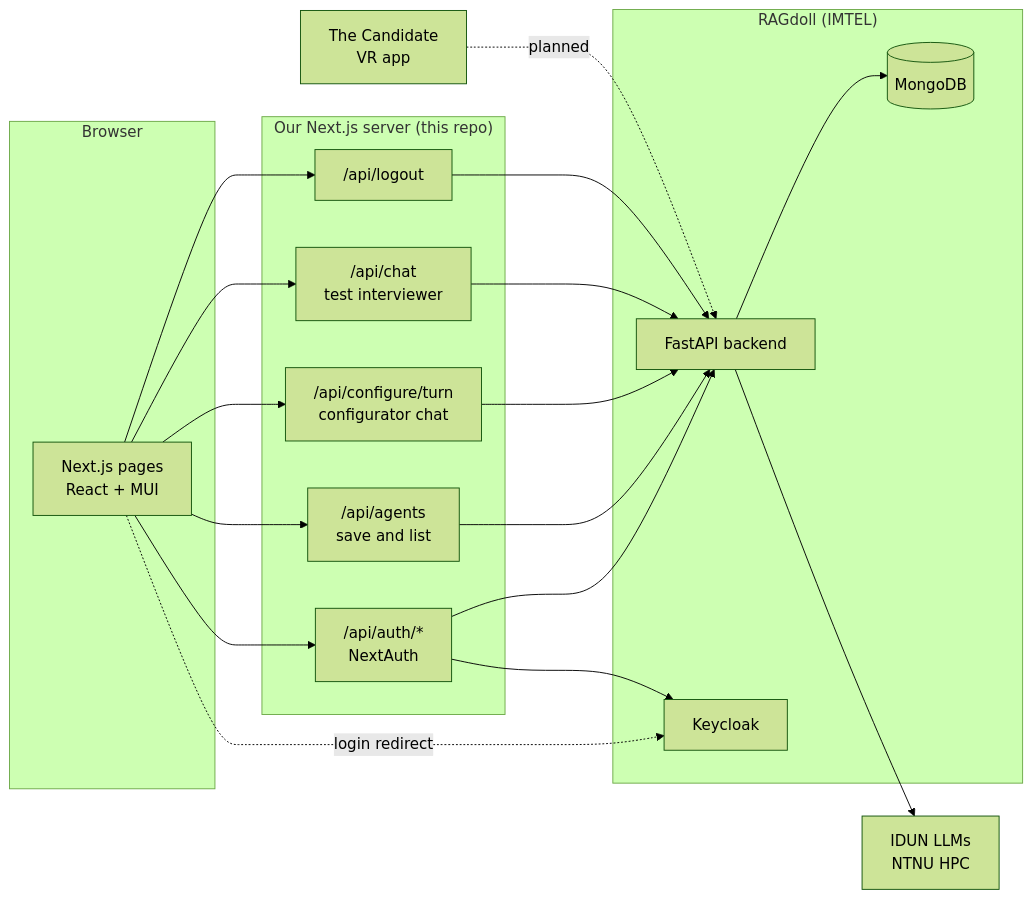
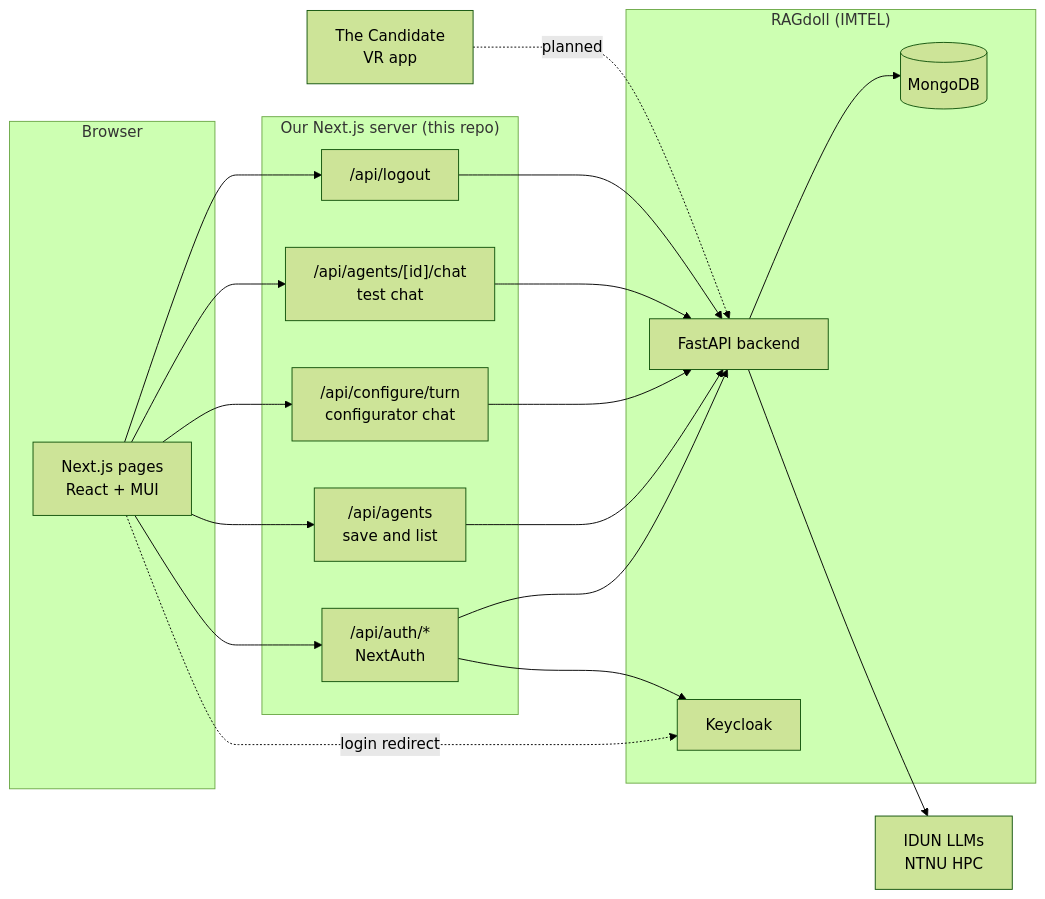
The first of 5 diagrams in docs/architecture.md (IMTEL/team-tdt4290-fall-2026), drawn with Mermaid (forest theme) before and after one commit. The commit also changed other lines of this file and 8 other files, not shown here.

Commit message:
chore: remove the fixed test interviewer and POST /api/chat

````diff
--- a/docs/architecture.md
+++ b/docs/architecture.md
@@ -26,35 +26,35 @@
 ```mermaid
 flowchart LR
     subgraph Browser
         UI[Next.js pages<br/>React + MUI]
     end
 
     subgraph Frontend["Our Next.js server (this repo)"]
         Agents["/api/agents<br/>save and list"]
         Turn["/api/configure/turn<br/>configurator chat"]
-        Chat["/api/chat<br/>test interviewer"]
+        Chat["/api/agents/[id]/chat<br/>test chat"]
         Auth["/api/auth/*<br/>NextAuth"]
         Logout["/api/logout"]
     end
 
     subgraph RAGdoll["RAGdoll (IMTEL)"]
         API[FastAPI backend]
         KC[Keycloak]
         DB[(MongoDB)]
     end
 
     IDUN[IDUN LLMs<br/>NTNU HPC]
     TC[The Candidate<br/>VR app]
 
     UI --> Agents & Turn & Chat & Auth & Logout
     UI -. login redirect .-> KC
     Auth --> KC
     Auth --> API
     Agents --> API
     Turn --> API
     Chat --> API
     Logout --> API
     API --> DB
     API --> IDUN
     TC -. planned .-> API
 ```
````
